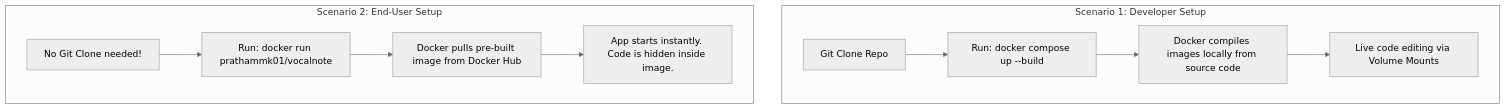
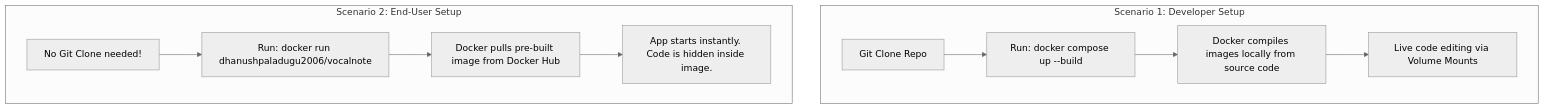
The first of 2 diagrams in things_learnt.md (dhanushpaladugu2006/VocalNote), drawn with Mermaid (neutral theme) before and after one commit. The commit also changed other lines of this file and 1 other file, not shown here.

````diff
--- a/things_learnt.md
+++ b/things_learnt.md
@@ -40,14 +40,14 @@
 ```mermaid
 graph TD
     subgraph Scenario 1: Developer Setup
         A[Git Clone Repo] --> B[Run: docker compose up --build]
         B --> C[Docker compiles images locally from source code]
         C --> D[Live code editing via Volume Mounts]
     end
 
     subgraph Scenario 2: End-User Setup
-        E[No Git Clone needed!] --> F[Run: docker run prathammk01/vocalnote]
+        E[No Git Clone needed!] --> F[Run: docker run dhanushpaladugu2006/vocalnote]
         F --> G[Docker pulls pre-built image from Docker Hub]
         G --> H[App starts instantly. Code is hidden inside image.]
     end
 ```
````
